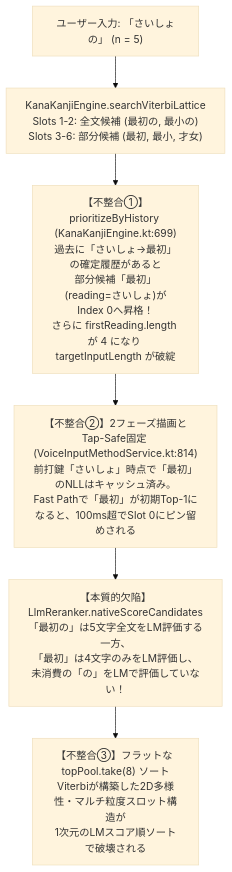
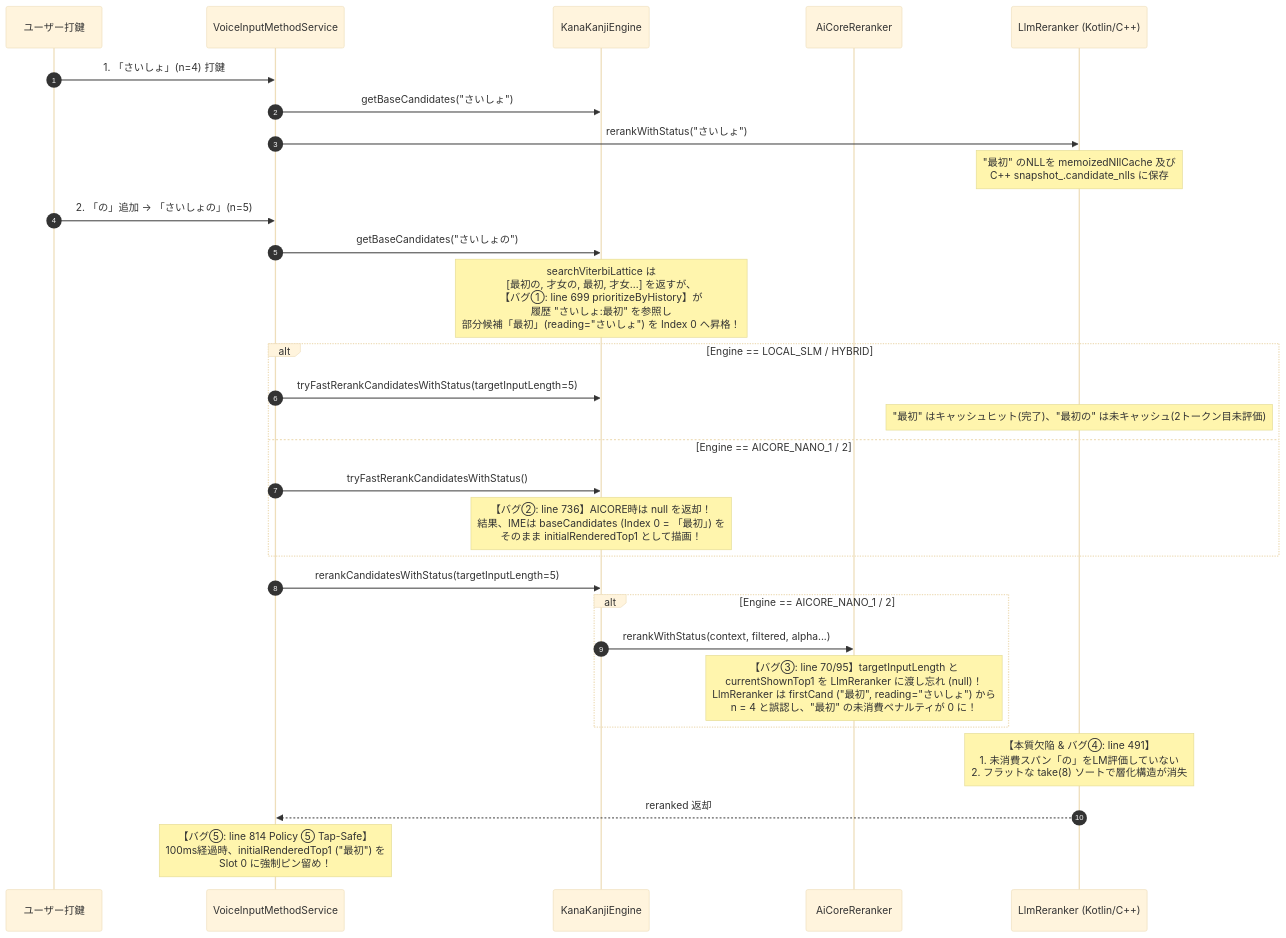
The diagram in docs/lm_unconsumed_span_evaluation_and_diversity_design.md (kenichikurihara/jotinput), drawn with Mermaid (base theme) before and after one commit. The commit also changed other lines of this file, not shown here.

````diff
--- a/docs/lm_unconsumed_span_evaluation_and_diversity_design.md
+++ b/docs/lm_unconsumed_span_evaluation_and_diversity_design.md
@@ -12,8 +48,36 @@
 ```mermaid
-flowchart TD
-    A["ユーザー入力: 「さいしょの」 (n = 5)"] --> B["KanaKanjiEngine.searchViterbiLattice<br/>Slots 1-2: 全文候補 (最初の, 最小の)<br/>Slots 3-6: 部分候補 (最初, 最小, 才女)"]
-    B --> C["【不整合①】prioritizeByHistory (KanaKanjiEngine.kt:699)<br/>過去に「さいしょ→最初」の確定履歴があると<br/>部分候補「最初」(reading=さいしょ)がIndex 0へ昇格！<br/>さらに firstReading.length が 4 になり targetInputLength が破綻"]
-    C --> D["【不整合②】2フェーズ描画とTap-Safe固定 (VoiceInputMethodService.kt:814)<br/>前打鍵「さいしょ」時点で「最初」のNLLはキャッシュ済み。<br/>Fast Pathで「最初」が初期Top-1になると、100ms超でSlot 0にピン留めされる"]
-    D --> E["【本質的欠陥】LlmReranker.nativeScoreCandidates<br/>「最初の」は5文字全文をLM評価する一方、<br/>「最初」は4文字のみをLM評価し、未消費の「の」をLMで評価していない！"]
-    E --> F["【不整合③】フラットな topPool.take(8) ソート<br/>Viterbiが構築した2D多様性・マルチ粒度スロット構造が<br/>1次元のLMスコア順ソートで破壊される"]
+sequenceDiagram
+    autonumber
+    participant User as ユーザー打鍵
+    participant IME as VoiceInputMethodService
+    participant KK as KanaKanjiEngine
+    participant AIC as AiCoreReranker
+    participant LLM as LlmReranker (Kotlin/C++)
+
+    User->>IME: 1. 「さいしょ」(n=4) 打鍵
+    IME->>KK: getBaseCandidates("さいしょ")
+    IME->>LLM: rerankWithStatus("さいしょ")
+    Note over LLM: "最初" のNLLを memoizedNllCache 及び<br/>C++ snapshot_.candidate_nlls に保存
+
+    User->>IME: 2. 「の」追加 → 「さいしょの」(n=5)
+    IME->>KK: getBaseCandidates("さいしょの")
+    Note over KK: searchViterbiLattice は<br/>[最初の, 才女の, 最初, 才女...] を返すが、<br/>【バグ①: line 699 prioritizeByHistory】が<br/>履歴 "さいしょ:最初" を参照し<br/>部分候補「最初」(reading="さいしょ") を Index 0 へ昇格！
+
+    alt Engine == LOCAL_SLM / HYBRID
+        IME->>KK: tryFastRerankCandidatesWithStatus(targetInputLength=5)
+        Note over LLM: "最初" はキャッシュヒット(完了)、"最初の" は未キャッシュ(2トークン目未評価)
+    else Engine == AICORE_NANO_1 / 2
+        IME->>KK: tryFastRerankCandidatesWithStatus()
+        Note over KK: 【バグ②: line 736】AICORE時は null を返却！<br/>結果、IMEは baseCandidates (Index 0 = 「最初」) を<br/>そのまま initialRenderedTop1 として描画！
+    end
+
+    IME->>KK: rerankCandidatesWithStatus(targetInputLength=5)
+    alt Engine == AICORE_NANO_1 / 2
+        KK->>AIC: rerankWithStatus(context, filtered, alpha...)
+        Note over AIC: 【バグ③: line 70/95】targetInputLength と<br/>currentShownTop1 を LlmReranker に渡し忘れ (null)！<br/>LlmReranker は firstCand ("最初", reading="さいしょ") から<br/>n = 4 と誤認し、"最初" の未消費ペナルティが 0 に！
+    end
+
+    Note over LLM: 【本質欠陥 & バグ④: line 491】<br/>1. 未消費スパン「の」をLM評価していない<br/>2. フラットな take(8) ソートで層化構造が消失
+    LLM-->>IME: reranked 返却
+    Note over IME: 【バグ⑤: line 814 Policy ⑤ Tap-Safe】<br/>100ms経過時、initialRenderedTop1 ("最初") を<br/>Slot 0 に強制ピン留め！
 ```
````
